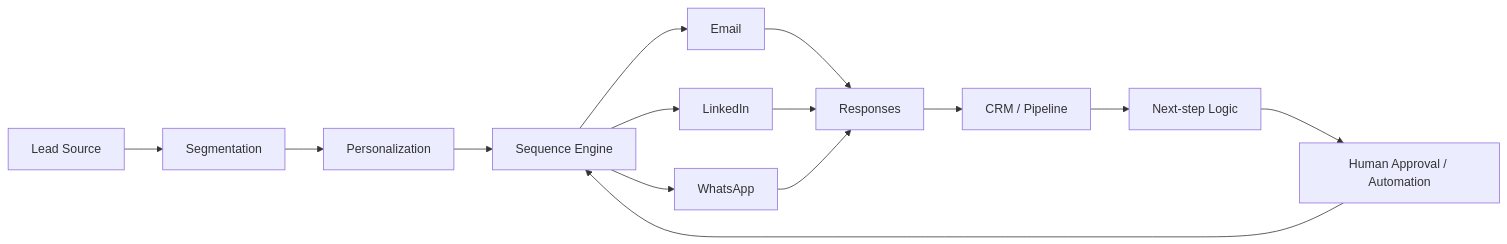
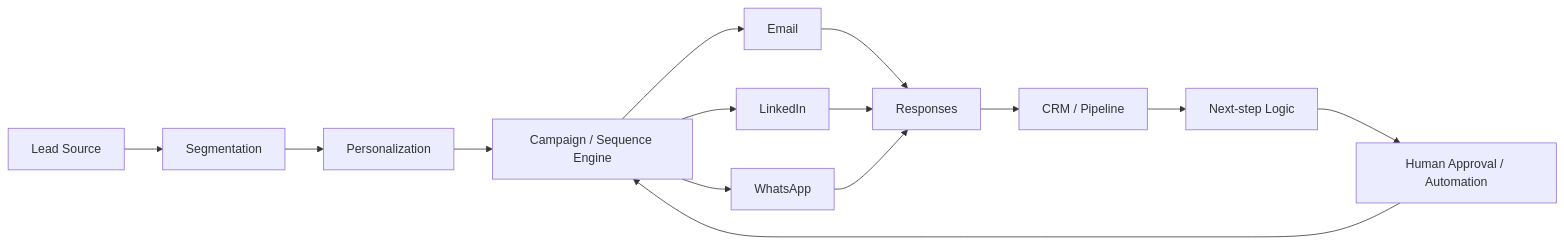
Before and after one commit to lapreale/AI-Systems-Portfolio: the diagram in projects/lead-outreach.md, drawn with Mermaid. The commit also changed other lines of this file, not shown here.

````diff
--- a/projects/lead-outreach.md
+++ b/projects/lead-outreach.md
@@ -10,16 +10,16 @@
 ```mermaid
 flowchart LR
     L[Lead Source] --> S[Segmentation]
     S --> P[Personalization]
-    P --> SEQ[Sequence Engine]
+    P --> SEQ[Campaign / Sequence Engine]
     SEQ --> E[Email]
     SEQ --> LI[LinkedIn]
     SEQ --> WA[WhatsApp]
     E --> R[Responses]
     LI --> R
     WA --> R
     R --> CRM[CRM / Pipeline]
     CRM --> N[Next-step Logic]
     N --> H[Human Approval / Automation]
     H --> SEQ
 ```
````
